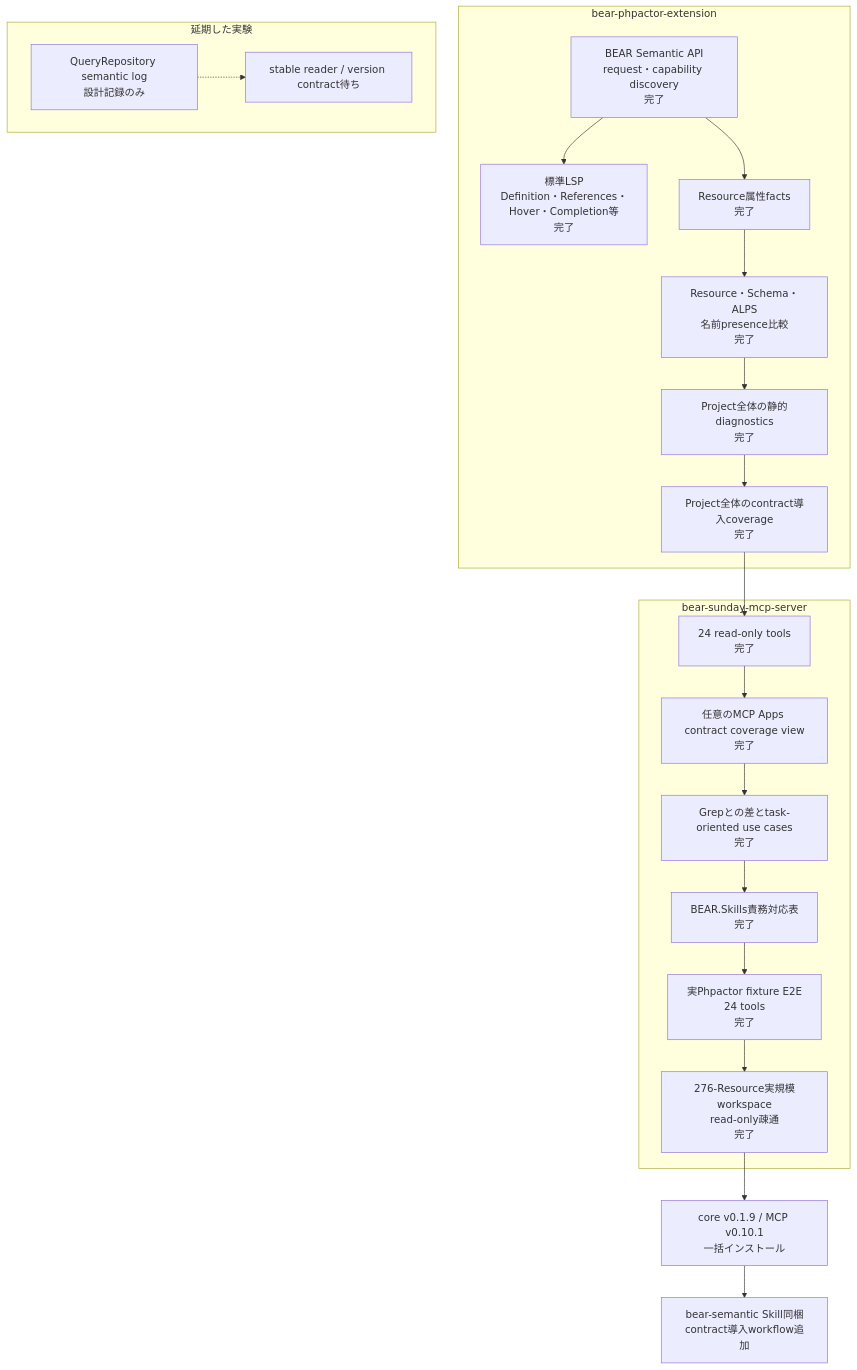
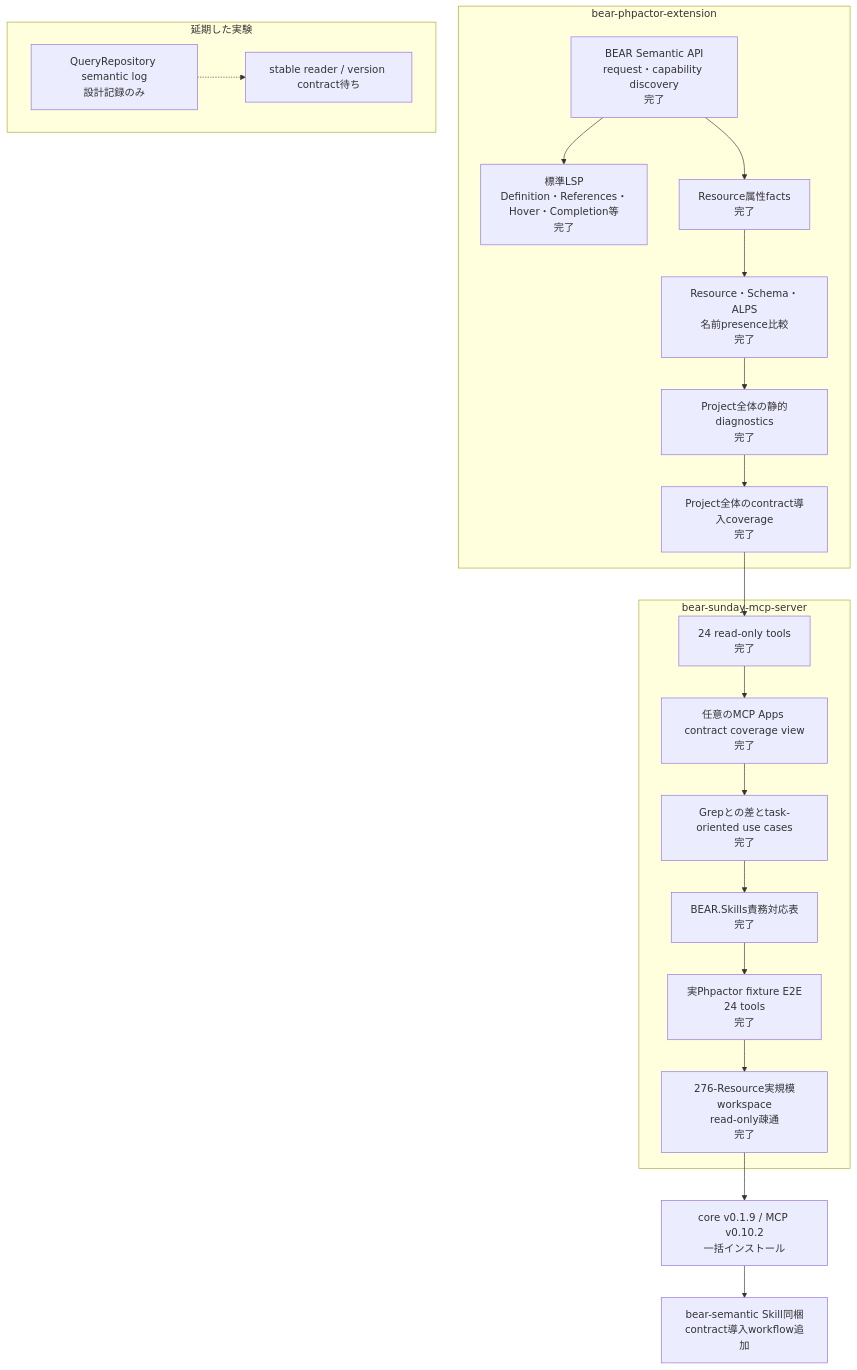
One commit to suzumaze/bear-sunday-mcp-server changed the diagram in docs/project-status.ja.md. Above: the diagram before and after it, drawn with Mermaid. The commit also changed other lines of this file and 3 other files, not shown here.

````diff
--- a/docs/project-status.ja.md
+++ b/docs/project-status.ja.md
@@ -8,34 +8,34 @@
 ```mermaid
 flowchart TB
     subgraph Core["bear-phpactor-extension"]
         C1["BEAR Semantic API<br/>request・capability discovery<br/>完了"]
         C2["標準LSP<br/>Definition・References・Hover・Completion等<br/>完了"]
         C3["Resource属性facts<br/>完了"]
         C4["Resource・Schema・ALPS<br/>名前presence比較<br/>完了"]
         C5["Project全体の静的diagnostics<br/>完了"]
         C6["Project全体のcontract導入coverage<br/>完了"]
         C1 --> C2
         C1 --> C3 --> C4 --> C5 --> C6
     end
 
     subgraph MCP["bear-sunday-mcp-server"]
         M1["24 read-only tools<br/>完了"]
         M0["任意のMCP Apps contract coverage view<br/>完了"]
         M2["Grepとの差とtask-oriented use cases<br/>完了"]
         M3["BEAR.Skills責務対応表<br/>完了"]
         M4["実Phpactor fixture E2E<br/>24 tools<br/>完了"]
         M5["276-Resource実規模workspace<br/>read-only疎通<br/>完了"]
         M1 --> M0 --> M2 --> M3 --> M4 --> M5
     end
 
     C6 --> M1
 
     subgraph Deferred["延期した実験"]
         D1["QueryRepository semantic log<br/>設計記録のみ"]
         D2["stable reader / version contract待ち"]
         D1 -.-> D2
     end
 
-    M5 --> R1["core v0.1.9 / MCP v0.10.1<br/>一括インストール"]
+    M5 --> R1["core v0.1.9 / MCP v0.10.2<br/>一括インストール"]
     R1 --> S1["bear-semantic Skill同梱<br/>contract導入workflow追加"]
 ```
````
